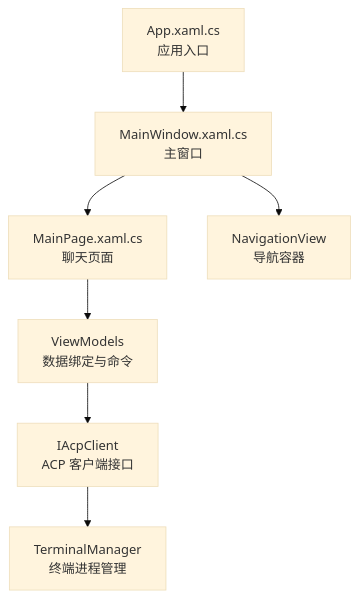
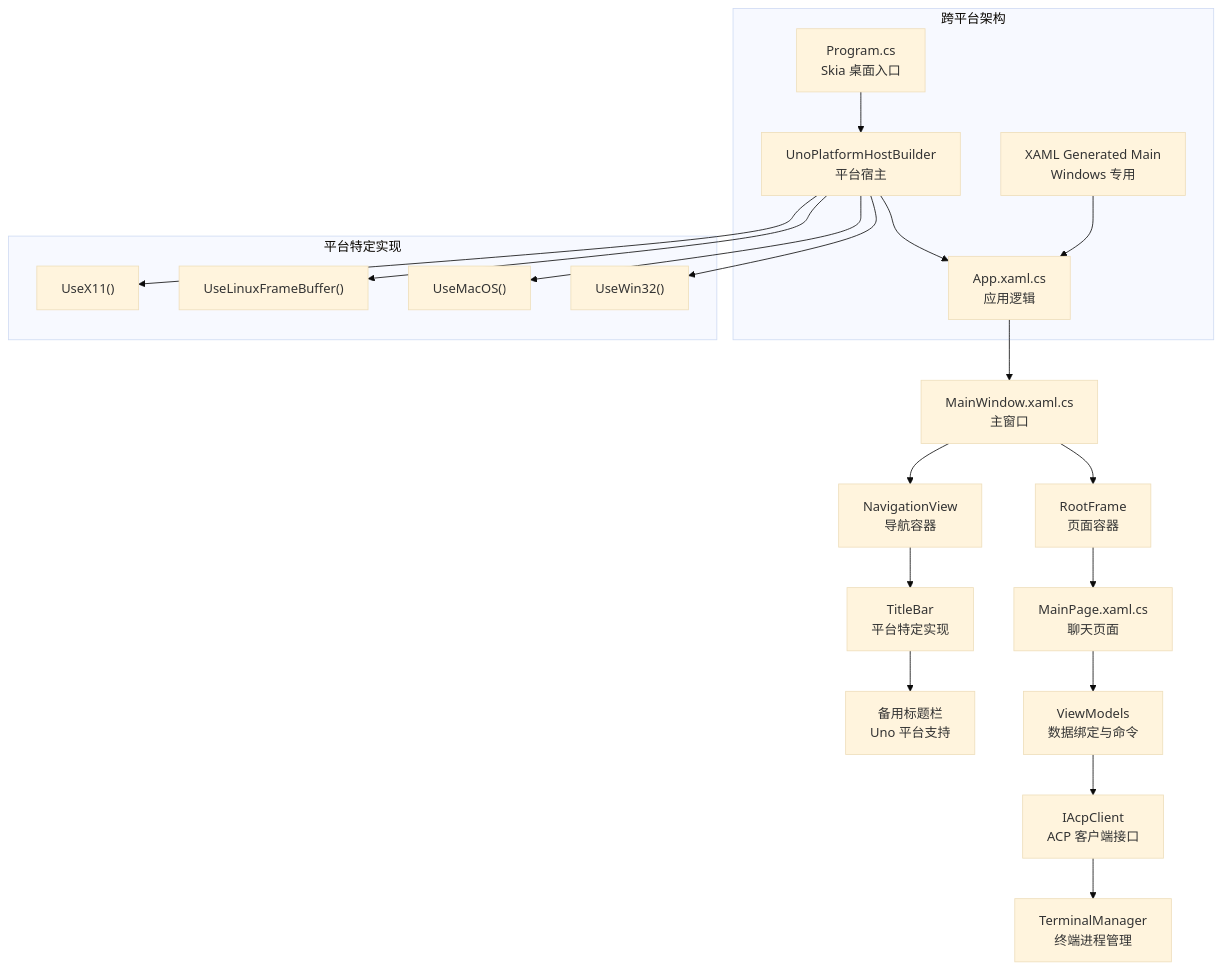
The first of 3 diagrams in .qoder/repowiki/zh/content/开发指南/项目结构/应用程序入口.md (AgenticDesktop/App), drawn with Mermaid (base theme) before and after one commit. The commit also changed other lines of this file and 108 other files, not shown here.

First line of the commit message:
Add support for Uno Desktop and WinUI 3 build scripts

````diff
--- a/.qoder/repowiki/zh/content/开发指南/项目结构/应用程序入口.md
+++ b/.qoder/repowiki/zh/content/开发指南/项目结构/应用程序入口.md
@@ -36,9 +46,23 @@
 ```mermaid
 graph TB
-App["App.xaml.cs<br/>应用入口"] --> MainWin["MainWindow.xaml.cs<br/>主窗口"]
-MainWin --> MainPg["MainPage.xaml.cs<br/>聊天页面"]
-MainWin --> Nav["NavigationView<br/>导航容器"]
+subgraph "跨平台架构"
+Entry["Program.cs<br/>Skia 桌面入口"] --> UnoHost["UnoPlatformHostBuilder<br/>平台宿主"]
+UnoHost --> App["App.xaml.cs<br/>应用逻辑"]
+WinEntry["XAML Generated Main<br/>Windows 专用"] --> App
+end
+App --> MainWin["MainWindow.xaml.cs<br/>主窗口"]
+MainWin --> NavView["NavigationView<br/>导航容器"]
+NavView --> TitleBar["TitleBar<br/>平台特定实现"]
+TitleBar --> Fallback["备用标题栏<br/>Uno 平台支持"]
+MainWin --> RootFrame["RootFrame<br/>页面容器"]
+RootFrame --> MainPg["MainPage.xaml.cs<br/>聊天页面"]
 MainPg --> VM["ViewModels<br/>数据绑定与命令"]
 VM --> ACP["IAcpClient<br/>ACP 客户端接口"]
 ACP --> Term["TerminalManager<br/>终端进程管理"]
+subgraph "平台特定实现"
+UnoHost --> X11["UseX11()"]
+UnoHost --> LinuxFB["UseLinuxFrameBuffer()"]
+UnoHost --> MacOS["UseMacOS()"]
+UnoHost --> Win32["UseWin32()"]
+end
 ```
````
